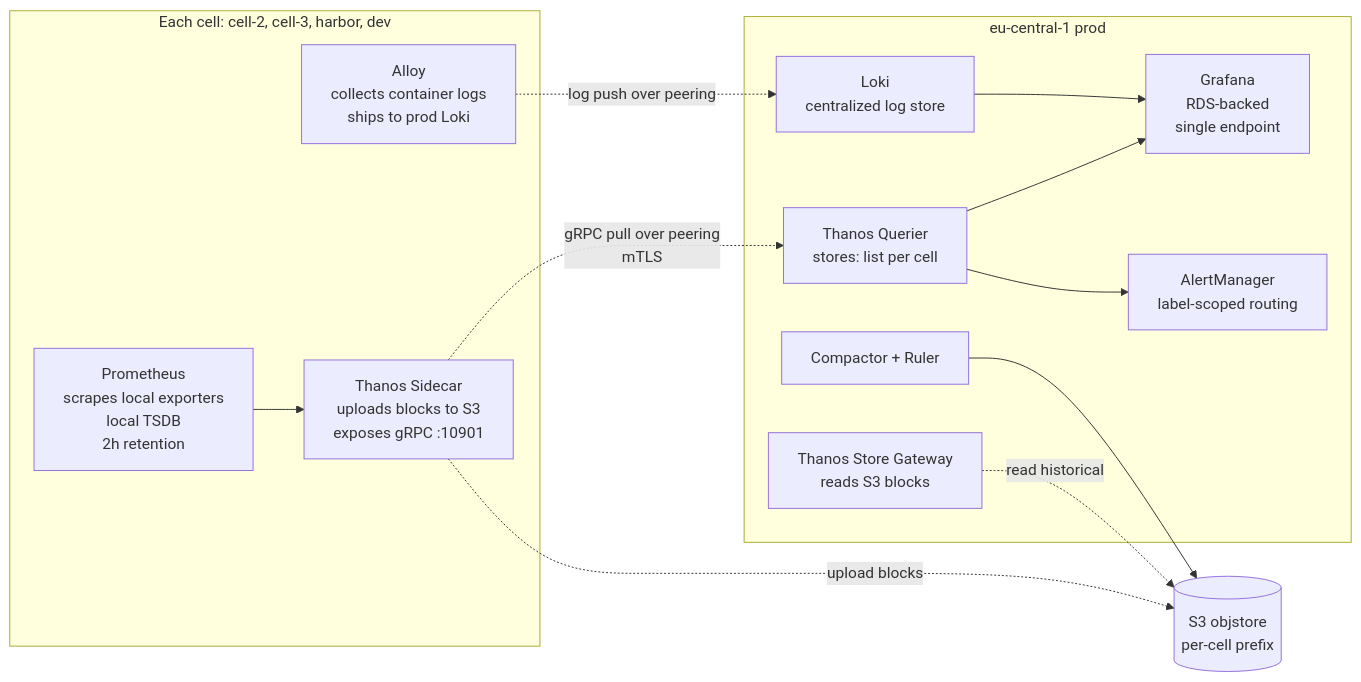
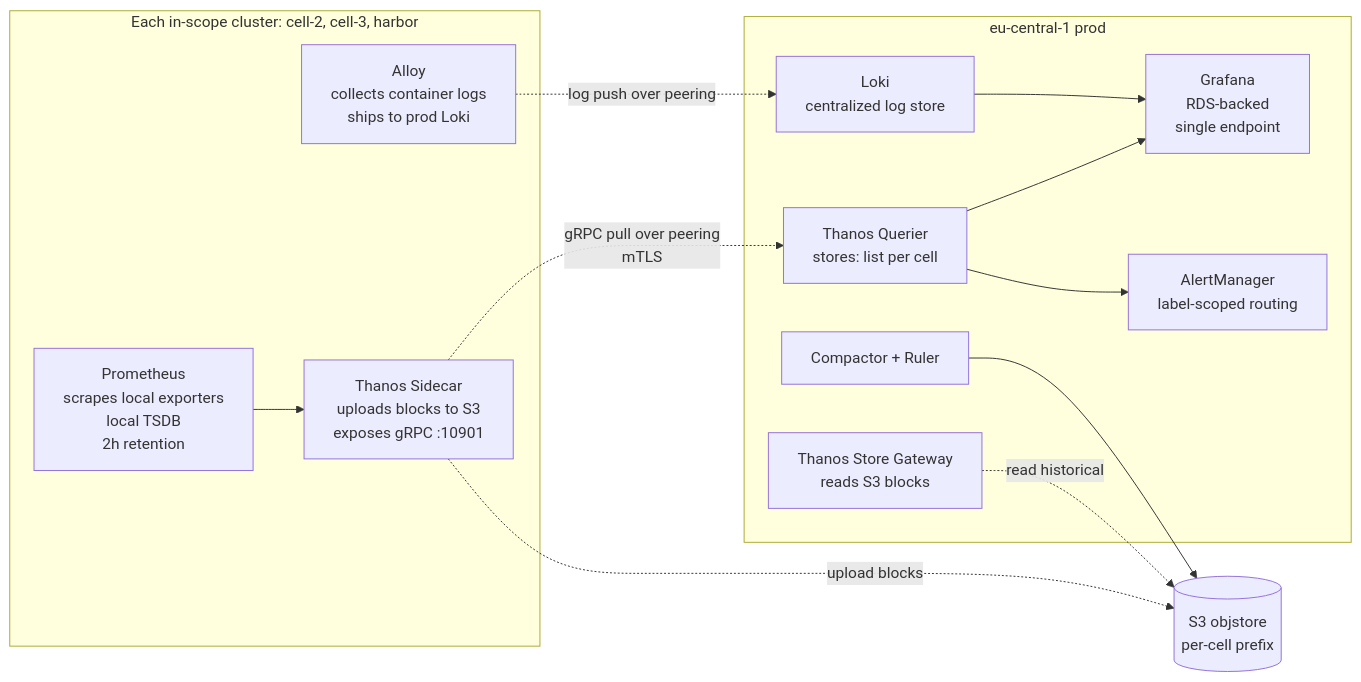
The second of 4 diagrams in design/high-level/meta-cluster-architecture.md (sei-protocol/sei-internal-skills), drawn with Mermaid before and after one commit. The commit also changed other lines of this file, not shown here.

First line of the commit message:
docs(design/high-level): address Cursor findings — TF root count + dev observability scope

````diff
--- a/design/high-level/meta-cluster-architecture.md
+++ b/design/high-level/meta-cluster-architecture.md
@@ -190,29 +189,29 @@
 ```mermaid
 graph LR
-    subgraph Cell[Each cell: cell-2, cell-3, harbor, dev]
+    subgraph Cell[Each in-scope cluster: cell-2, cell-3, harbor]
         Prom[Prometheus<br/>scrapes local exporters<br/>local TSDB<br/>2h retention]
         Sidecar[Thanos Sidecar<br/>uploads blocks to S3<br/>exposes gRPC :10901]
         Alloy[Alloy<br/>collects container logs<br/>ships to prod Loki]
         Prom --> Sidecar
     end
 
     subgraph Prod[eu-central-1 prod]
         Querier[Thanos Querier<br/>stores: list per cell]
         StoreGW[Thanos Store Gateway<br/>reads S3 blocks]
         Loki[Loki<br/>centralized log store]
         Grafana[Grafana<br/>RDS-backed<br/>single endpoint]
         AM[AlertManager<br/>label-scoped routing]
         Compactor[Compactor + Ruler]
     end
 
     S3[(S3 objstore<br/>per-cell prefix)]
 
     Sidecar -.upload blocks.-> S3
     Sidecar -.gRPC pull over peering<br/>mTLS.-> Querier
     StoreGW -.read historical.-> S3
     Alloy -.log push over peering.-> Loki
     Querier --> Grafana
     Loki --> Grafana
     Querier --> AM
     Compactor --> S3
 ```
````
